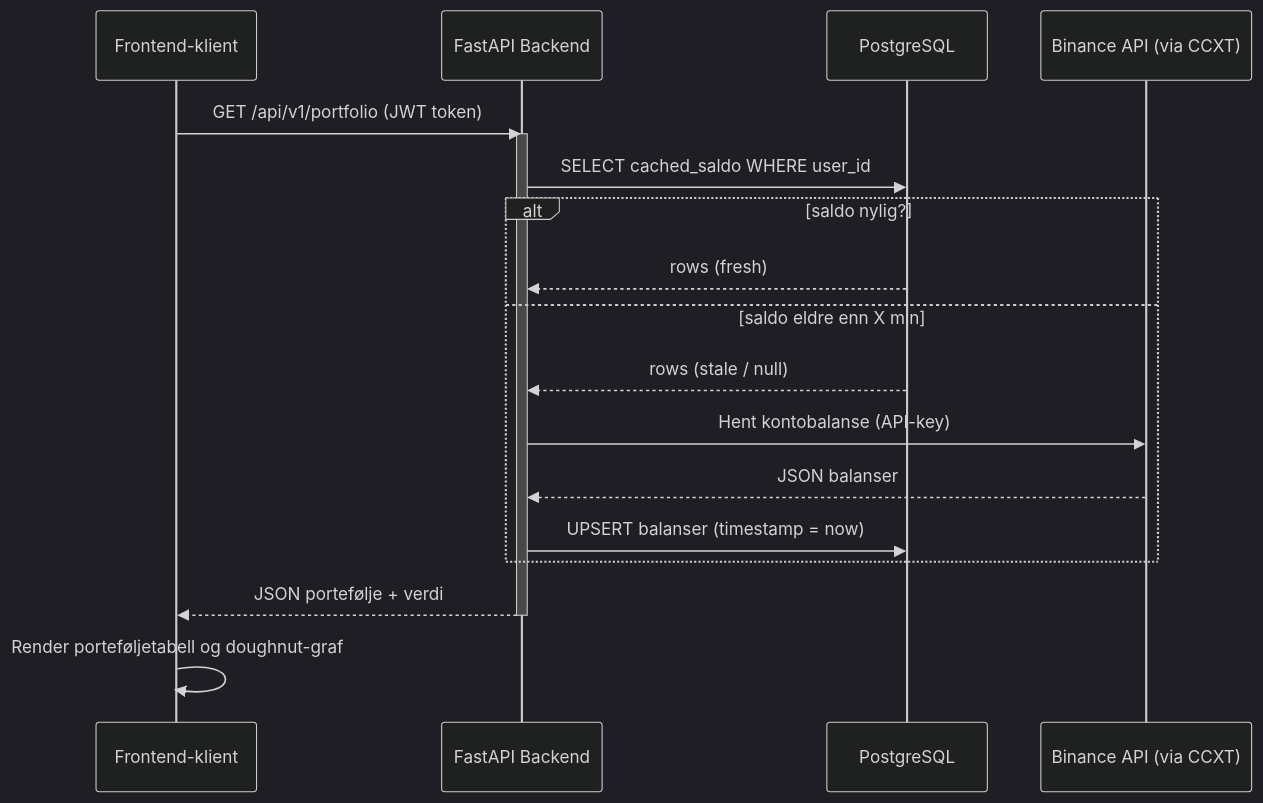
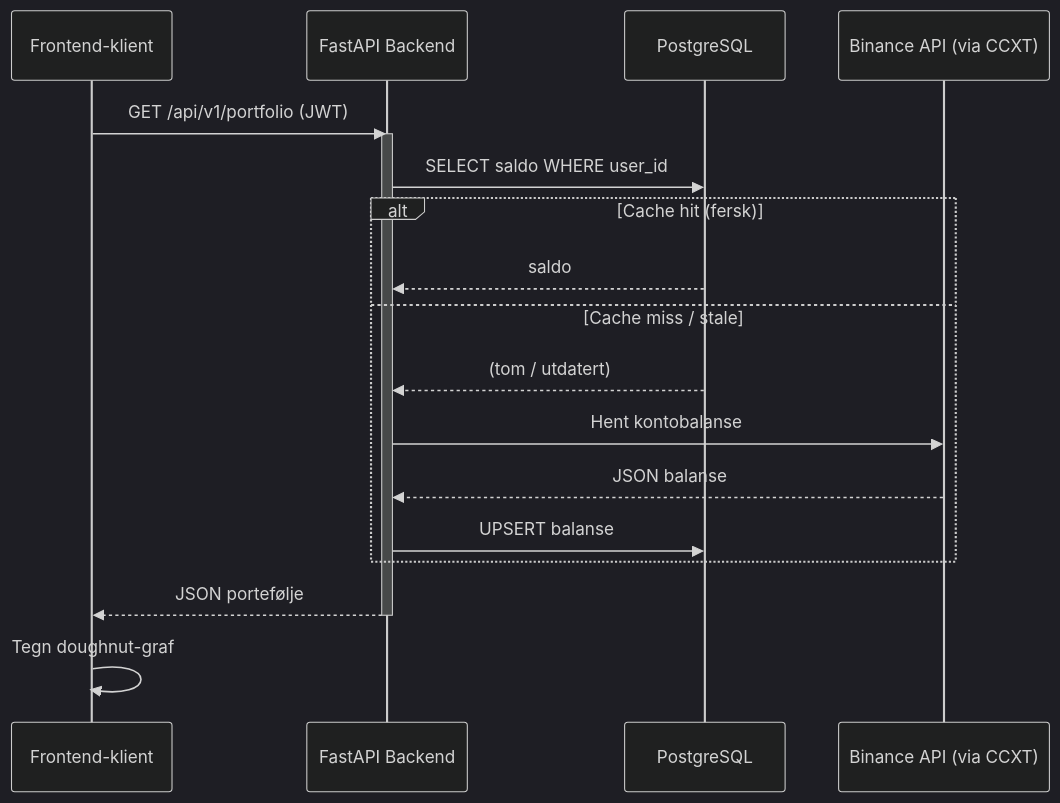
The fifth of 10 diagrams in README.md (engan/investlytics-hub-proposal), drawn with Mermaid (dark theme) before and after one commit. The commit also changed other lines of this file, not shown here.

First line of the commit message:
docs(readme): update roadmap phases and fix Mermaid diagrams

````diff
--- a/README.md
+++ b/README.md
@@ -262,23 +420,22 @@
 ```mermaid
 sequenceDiagram
     participant User as Frontend-klient
     participant API as FastAPI Backend
     participant DB as PostgreSQL
     participant CEX as Binance API (via CCXT)
 
-    User->>API: GET /api/v1/portfolio  (JWT token)
+    User->>API: GET /api/v1/portfolio (JWT)
     activate API
-    API->>DB:  SELECT cached_saldo WHERE user_id
-    alt saldo nylig?
-        DB-->>API: rows (fresh)
-    else saldo eldre enn X min
-        DB-->>API: rows (stale / null)
-        API->>CEX: Hent kontobalanse (API-key)
-        CEX-->>API: JSON balanser
-        API->>DB:  UPSERT balanser (timestamp = now)
+    API->>DB: SELECT saldo WHERE user_id
+    alt Cache hit (fersk)
+        DB-->>API: saldo
+    else Cache miss / stale
+        DB-->>API: (tom / utdatert)
+        API->>CEX: Hent kontobalanse
+        CEX-->>API: JSON balanse
+        API->>DB: UPSERT balanse
     end
-    API-->>User: JSON portefølje + verdi
+    API-->>User: JSON portefølje
     deactivate API
-    User->>User: Render portefølje­tabell og doughnut-graf
-
-```    
+    User->>User: Tegn doughnut-graf
+``` 
````
